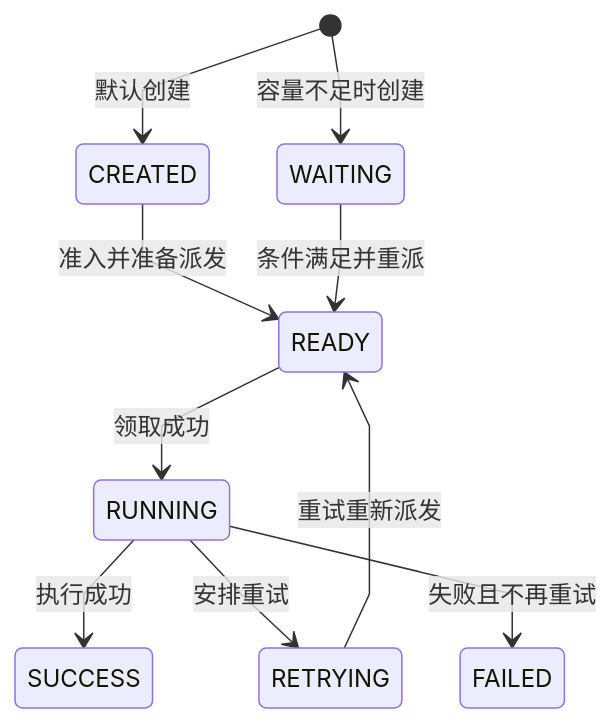
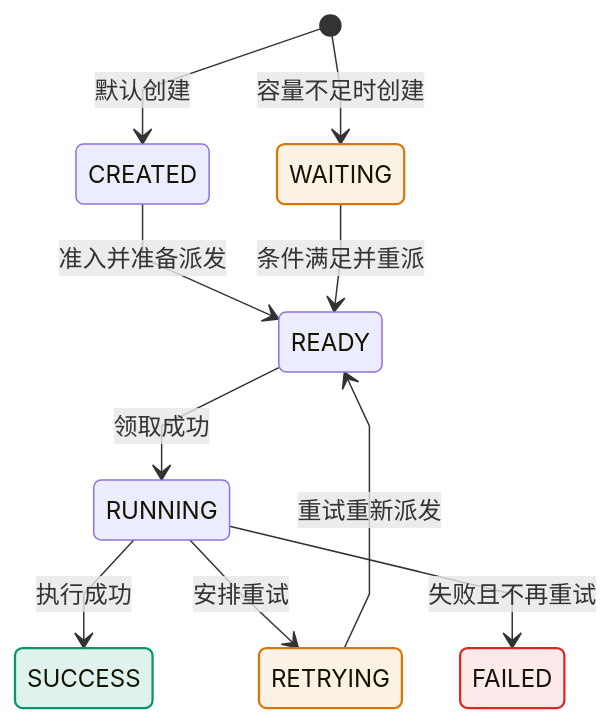
One commit to pinpols/file-batch-system changed the fifth of 6 diagrams in docs/architecture/core-model.md. Above: the diagram before and after it, drawn with Mermaid. The commit also changed other lines of this file and 9 other files, not shown here.

First line of the commit message:
docs(architecture): unify styling of the navigation architecture diagrams (#1365)

````diff
--- a/docs/architecture/core-model.md
+++ b/docs/architecture/core-model.md
@@ -331,13 +372,21 @@
 ```mermaid
 %%{init: {"flowchart":{"curve":"linear","nodeSpacing":32,"rankSpacing":48},"sequence":{"mirrorActors":false}}}%%
 stateDiagram-v2
+
   [*] --> CREATED: 默认创建
   [*] --> WAITING: 容量不足时创建
   CREATED --> READY: 准入并准备派发
   WAITING --> READY: 条件满足并重派
   READY --> RUNNING: 领取成功
   RUNNING --> SUCCESS: 执行成功
   RUNNING --> RETRYING: 安排重试
   RETRYING --> READY: 重试重新派发
   RUNNING --> FAILED: 失败且不再重试
+  class SUCCESS ok
+  class FAILED fail
+  class WAITING,RETRYING wait
+  classDef ok fill:#0596691f,stroke:#059669,stroke-width:1.5px
+  classDef fail fill:#dc26261a,stroke:#dc2626,stroke-width:1.5px
+  classDef wait fill:#d977061a,stroke:#d97706,stroke-width:1.5px
+  classDef muted fill:#64748b14,stroke:#64748b,stroke-width:1.2px,stroke-dasharray:4 3
 ```
````
